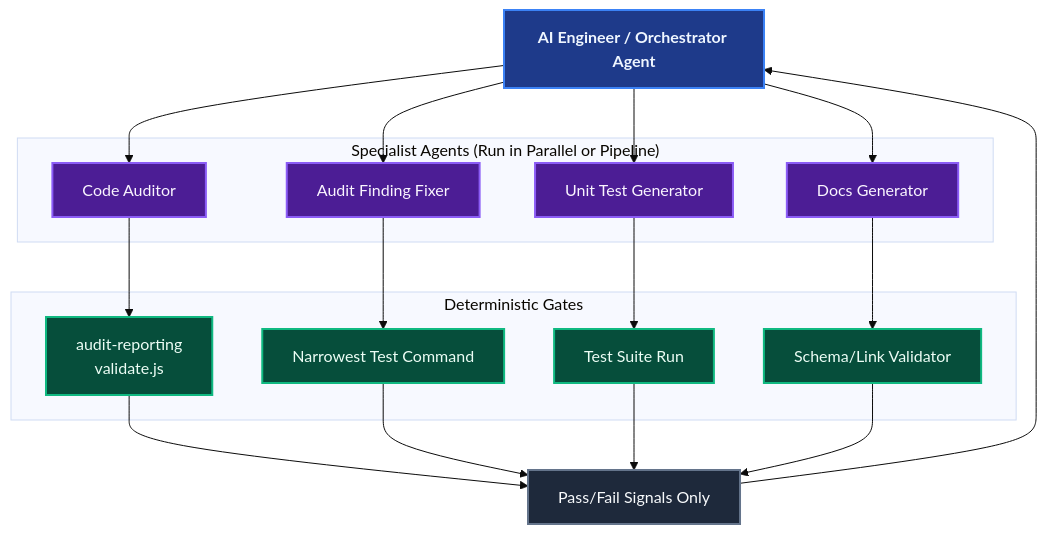
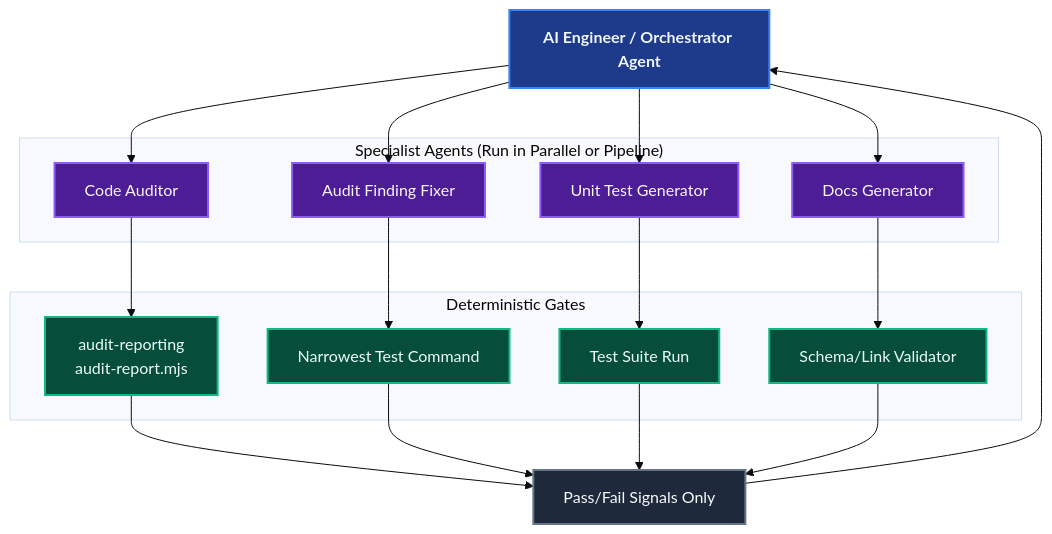
The second of 2 diagrams in website/docs/guide/deterministic-controls.md (ALTEN-group/coding-pal), drawn with Mermaid (base theme) before and after one commit. The commit also changed 23 other files, not shown here.

````diff
--- a/website/docs/guide/deterministic-controls.md
+++ b/website/docs/guide/deterministic-controls.md
@@ -58,42 +58,42 @@
 ```mermaid
 ---
 caption: Orchestrator Fan-Out Gated by Deterministic Controls
 ---
 flowchart TD
     ENG["<b>AI Engineer / Orchestrator Agent</b>"]
 
     subgraph Fleet ["Specialist Agents (Run in Parallel or Pipeline)"]
         AG1["Code Auditor"]
         AG2["Audit Finding Fixer"]
         AG3["Unit Test Generator"]
         AG4["Docs Generator"]
     end
 
     subgraph Gates ["Deterministic Gates"]
-        V1["audit-reporting<br/>validate.js"]
+        V1["audit-reporting<br/>audit-report.mjs"]
         V2["Narrowest Test Command"]
         V3["Test Suite Run"]
         V4["Schema/Link Validator"]
     end
 
     ENG --> AG1 --> V1
     ENG --> AG2 --> V2
     ENG --> AG3 --> V3
     ENG --> AG4 --> V4
 
     V1 --> RESULT["Pass/Fail Signals Only"]
     V2 --> RESULT
     V3 --> RESULT
     V4 --> RESULT
     RESULT --> ENG
 
     classDef orchestrator fill:#1e3a8a,stroke:#3b82f6,stroke-width:2px,color:#eff6ff;
     classDef agent fill:#4c1d95,stroke:#8b5cf6,stroke-width:2px,color:#faf5ff;
     classDef gate fill:#064e3b,stroke:#10b981,stroke-width:2px,color:#ecfdf5;
     classDef result fill:#1e293b,stroke:#64748b,stroke-width:2px,color:#f8fafc;
 
     class ENG orchestrator;
     class AG1,AG2,AG3,AG4 agent;
     class V1,V2,V3,V4 gate;
     class RESULT result;
 ```
````
